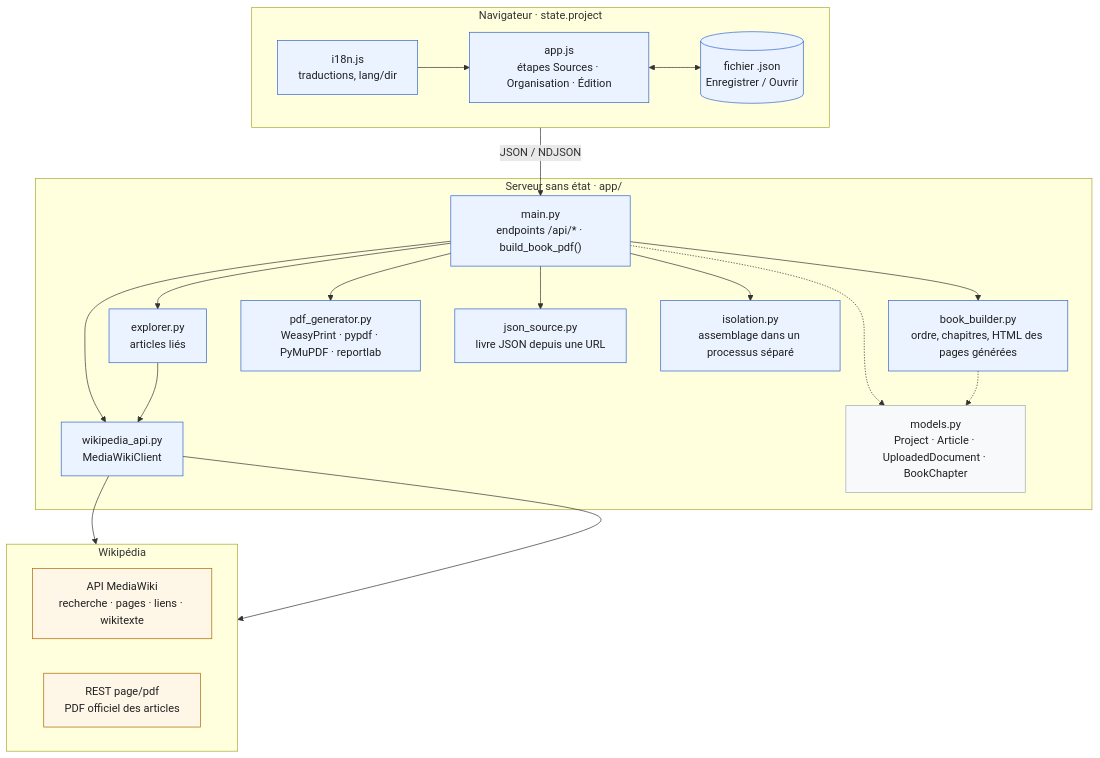
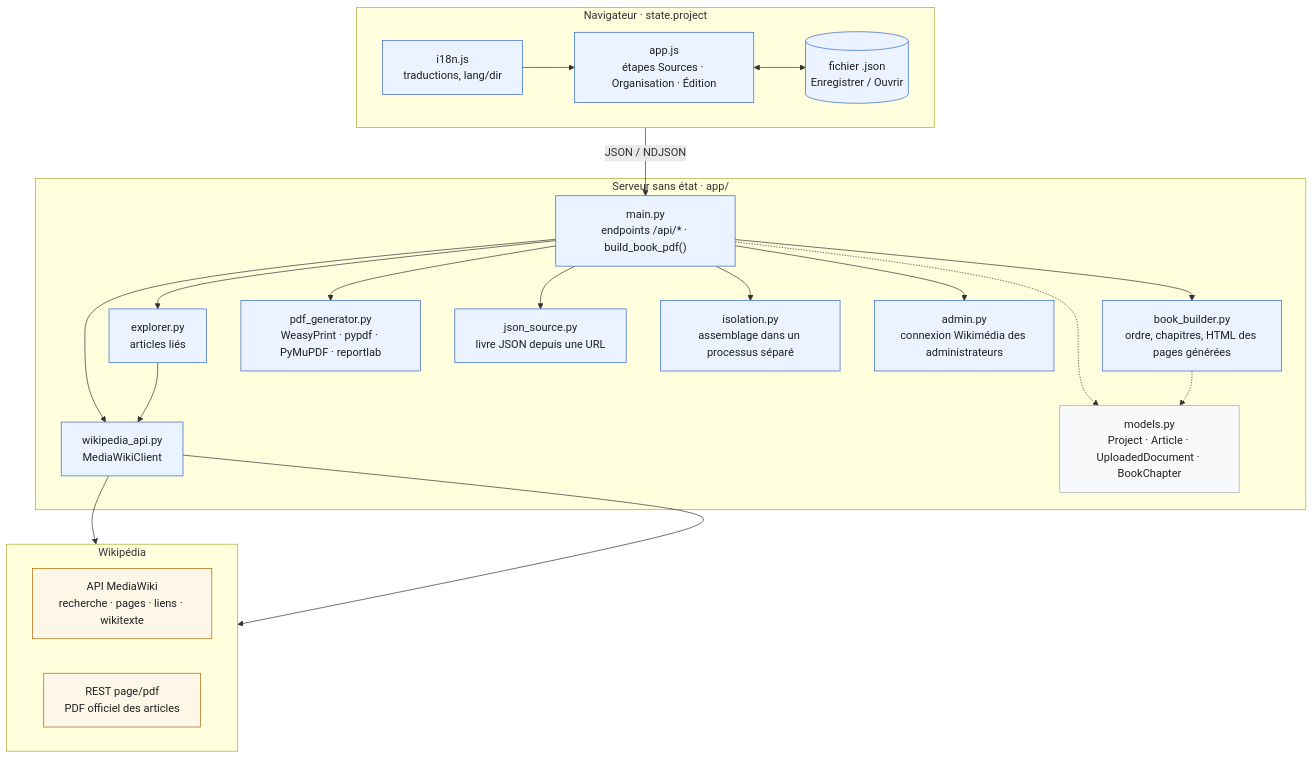
Before and after one commit to gmoulard/wikipedia2book: the first of 2 diagrams in docs/SPECIFICATIONS.fr.md, drawn with Mermaid. The commit also changed other lines of this file and 12 other files, not shown here.

Commit message:
1.12.1 : page d'administration /admin (connexion Wikimédia, indicateurs du serveur, de l'utilisation et de la performance, journal de chaque génération)

````diff
--- a/docs/SPECIFICATIONS.fr.md
+++ b/docs/SPECIFICATIONS.fr.md
@@ -967,48 +993,50 @@
 ```mermaid
 flowchart TB
     subgraph Browser["Navigateur · state.project"]
         direction LR
         I18N["i18n.js<br/>traductions, lang/dir"]
         APP["app.js<br/>étapes Sources · Organisation · Édition"]
         FILE[("fichier .json<br/>Enregistrer / Ouvrir")]
         I18N --> APP
         APP <--> FILE
     end
 
     subgraph Server["Serveur sans état · app/"]
         MAIN["main.py<br/>endpoints /api/* · build_book_pdf()"]
         EXPL["explorer.py<br/>articles liés"]
         BB["book_builder.py<br/>ordre, chapitres, HTML des pages générées"]
         PDFG["pdf_generator.py<br/>WeasyPrint · pypdf · PyMuPDF · reportlab"]
         WAPI["wikipedia_api.py<br/>MediaWikiClient"]
         JSRC["json_source.py<br/>livre JSON depuis une URL"]
         MODELS["models.py<br/>Project · Article · UploadedDocument · BookChapter"]
         MAIN --> EXPL
         MAIN --> BB
         ISO["isolation.py<br/>assemblage dans un processus séparé"]
+        ADM["admin.py<br/>connexion Wikimédia des administrateurs"]
+        MAIN --> ADM
         MAIN --> ISO
         MAIN --> PDFG
         MAIN --> WAPI
         MAIN --> JSRC
         EXPL --> WAPI
     end
 
     subgraph Wikipedia["Wikipédia"]
         direction LR
         MW["API MediaWiki<br/>recherche · pages · liens · wikitexte"]
         REST["REST page/pdf<br/>PDF officiel des articles"]
     end
 
     APP -- "JSON / NDJSON" --> MAIN
     WAPI --> MW
     WAPI --> REST
     MAIN -.-> MODELS
     BB -.-> MODELS
 
     classDef app fill:#eaf3ff,stroke:#3366cc,color:#202122
     classDef wiki fill:#fef6e7,stroke:#ac6600,color:#202122
     classDef shared fill:#f8f9fa,stroke:#a2a9b1,color:#202122
-    class I18N,APP,FILE,MAIN,EXPL,BB,PDFG,WAPI,ISO,JSRC app
+    class I18N,APP,FILE,MAIN,EXPL,BB,PDFG,WAPI,ISO,JSRC,ADM app
     class MW,REST wiki
     class MODELS shared
 ```
````
